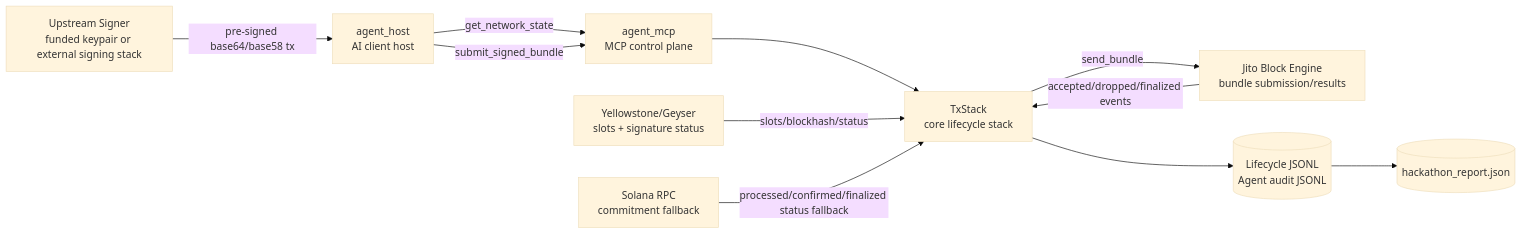
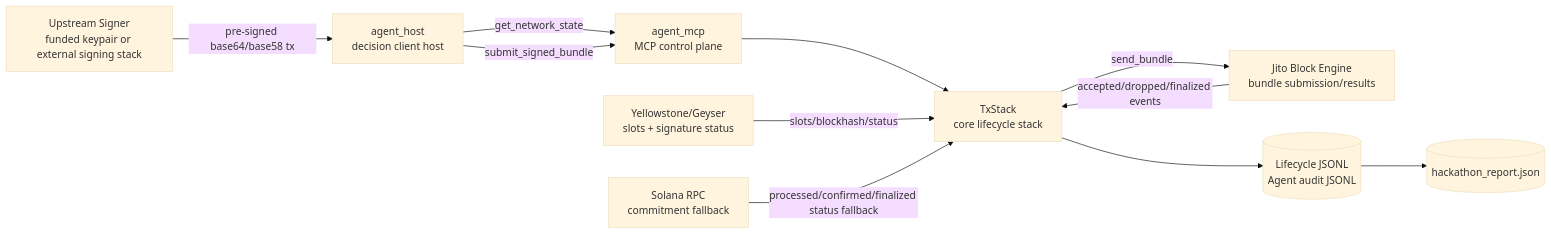
One commit to metaclips/solana_tx_agent changed the first of 3 diagrams in README.md. Above: the diagram before and after it, drawn with Mermaid (base theme). The commit also changed other lines of this file and 3 other files, not shown here.

````diff
--- a/README.md
+++ b/README.md
@@ -60,23 +60,23 @@
 ```mermaid
 flowchart LR
     Signer[Upstream Signer<br/>funded keypair or external signing stack]
-    Host[agent_host<br/>AI client host]
+    Host[agent_host<br/>decision client host]
     MCP[agent_mcp<br/>MCP control plane]
     Stack[TxStack<br/>core lifecycle stack]
     Jito[Jito Block Engine<br/>bundle submission/results]
     Geyser[Yellowstone/Geyser<br/>slots + signature status]
     RPC[Solana RPC<br/>commitment fallback]
     Logs[(Lifecycle JSONL<br/>Agent audit JSONL)]
     Report[(hackathon_report.json)]
 
     Signer -->|pre-signed base64/base58 tx| Host
     Host -->|get_network_state| MCP
     Host -->|submit_signed_bundle| MCP
     MCP --> Stack
     Stack -->|send_bundle| Jito
     Jito -->|accepted/dropped/finalized events| Stack
     Geyser -->|slots/blockhash/status| Stack
     RPC -->|processed/confirmed/finalized status fallback| Stack
     Stack --> Logs
     Logs --> Report
 ```
````
